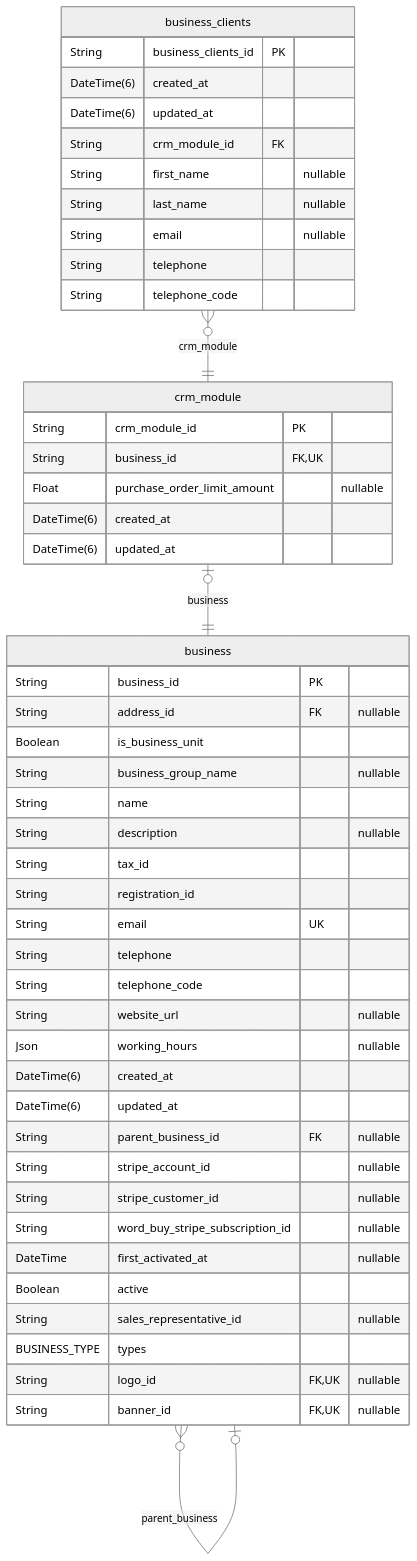
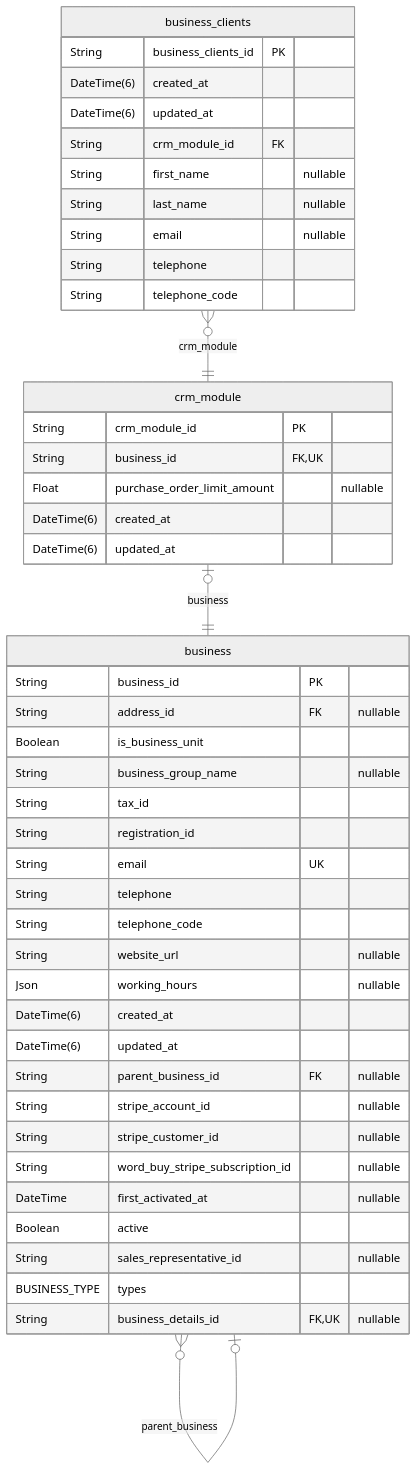
Before and after one commit to pbozic/be-analyisis: diagram 21 of 40 in prisma/schemas/ERD.md, drawn with Mermaid (neutral theme). The commit also changed other lines of this file and 9 other files, not shown here.

````diff
--- a/prisma/schemas/ERD.md
+++ b/prisma/schemas/ERD.md
@@ -3551,51 +3559,48 @@
 ```mermaid
 erDiagram
 "crm_module" {
   String crm_module_id PK
   String business_id FK,UK
   Float purchase_order_limit_amount "nullable"
   DateTime(6) created_at
   DateTime(6) updated_at
 }
 "business_clients" {
   String business_clients_id PK
   DateTime(6) created_at
   DateTime(6) updated_at
   String crm_module_id FK
   String first_name "nullable"
   String last_name "nullable"
   String email "nullable"
   String telephone
   String telephone_code
 }
 "business" {
   String business_id PK
   String address_id FK "nullable"
   Boolean is_business_unit
   String business_group_name "nullable"
-  String name
-  String description "nullable"
   String tax_id
   String registration_id
   String email UK
   String telephone
   String telephone_code
   String website_url "nullable"
   Json working_hours "nullable"
   DateTime(6) created_at
   DateTime(6) updated_at
   String parent_business_id FK "nullable"
   String stripe_account_id "nullable"
   String stripe_customer_id "nullable"
   String word_buy_stripe_subscription_id "nullable"
   DateTime first_activated_at "nullable"
   Boolean active
   String sales_representative_id "nullable"
   BUSINESS_TYPE types
-  String logo_id FK,UK "nullable"
-  String banner_id FK,UK "nullable"
+  String business_details_id FK,UK "nullable"
 }
 "crm_module" |o--|| "business" : business
 "business_clients" }o--|| "crm_module" : crm_module
 "business" }o--o| "business" : parent_business
 ```
````
